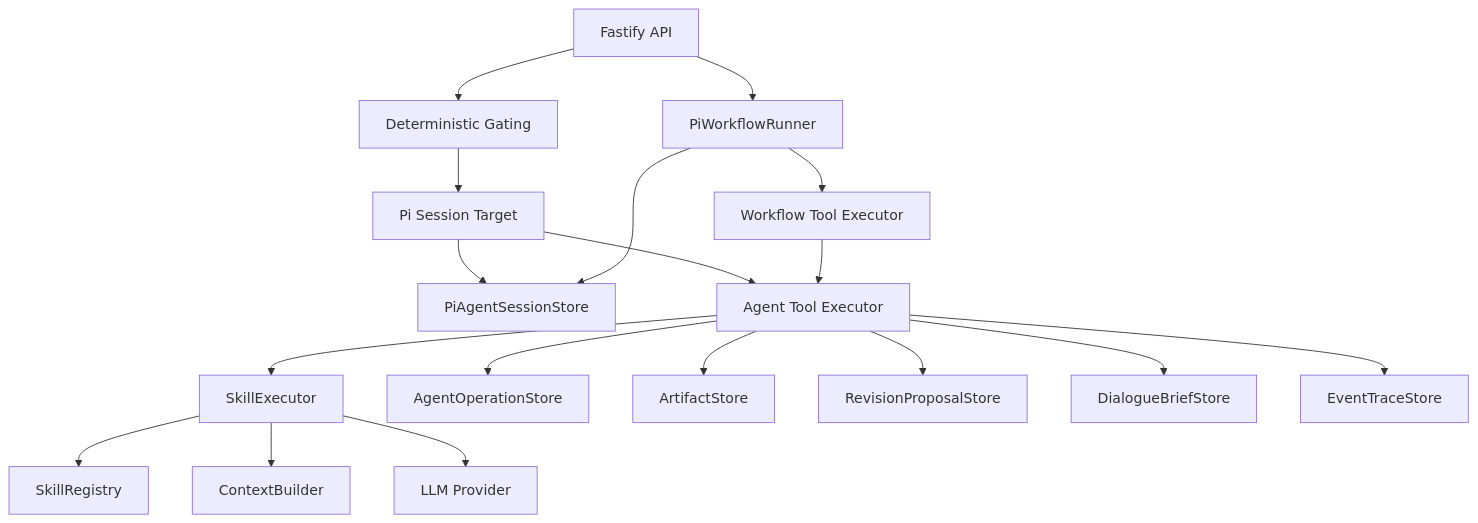
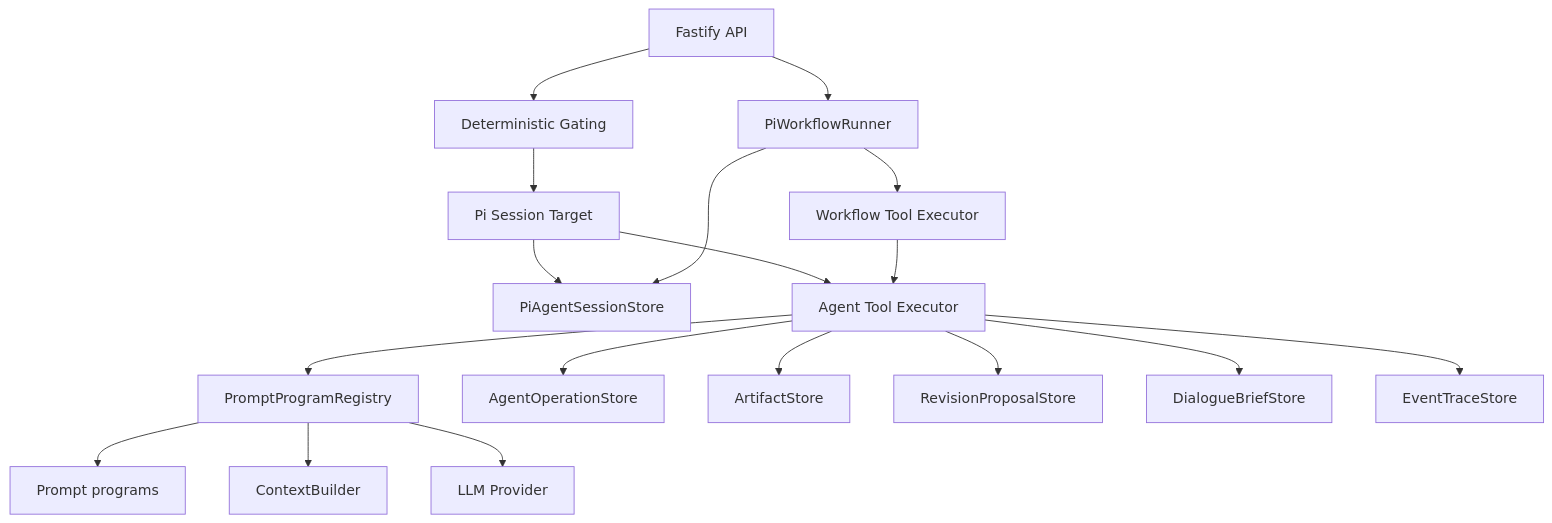
The diagram in docs/pi-agent-unified-runtime-design.md (simonjiao/writing-assistant), drawn with Mermaid before and after one commit. The commit also changed other lines of this file and 108 other files, not shown here.

````diff
--- a/docs/pi-agent-unified-runtime-design.md
+++ b/docs/pi-agent-unified-runtime-design.md
@@ -42,20 +42,20 @@
 ```mermaid
 flowchart TB
   API[Fastify API] --> Router[Deterministic Gating]
   Router --> SessionTarget[Pi Session Target]
   API --> Workflow[PiWorkflowRunner]
   Workflow --> WTools[Workflow Tool Executor]
   SessionTarget --> Session[PiAgentSessionStore]
   Workflow --> Session
   SessionTarget --> Tools[Agent Tool Executor]
   WTools --> Tools
-  Tools --> SkillExec[SkillExecutor]
-  SkillExec --> Skills[SkillRegistry]
-  SkillExec --> Context[ContextBuilder]
-  SkillExec --> LLM[LLM Provider]
+  Tools --> ProgramExec[PromptProgramRegistry]
+  ProgramExec --> Programs[Prompt programs]
+  ProgramExec --> Context[ContextBuilder]
+  ProgramExec --> LLM[LLM Provider]
   Tools --> Ops[AgentOperationStore]
   Tools --> Artifacts[ArtifactStore]
   Tools --> Proposals[RevisionProposalStore]
   Tools --> Brief[DialogueBriefStore]
   Tools --> Events[EventTraceStore]
 ```
````
